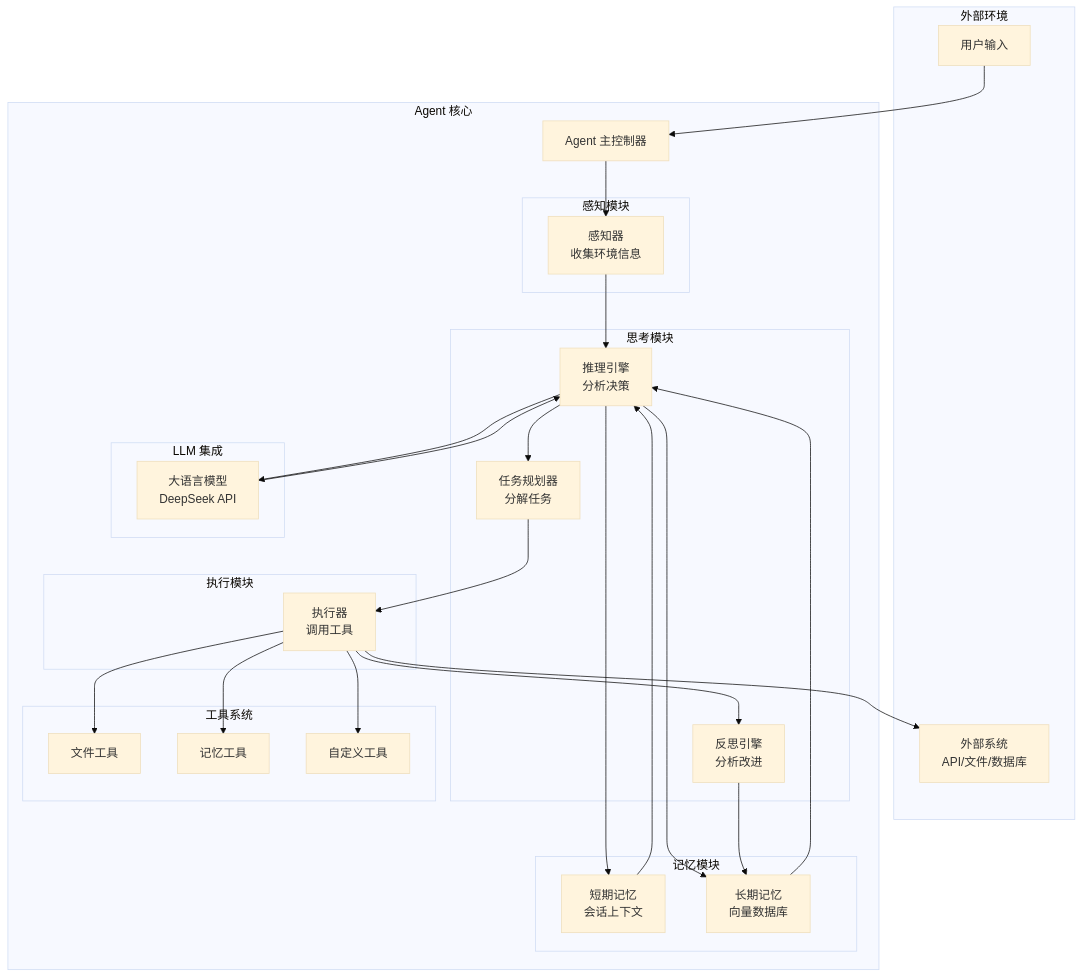
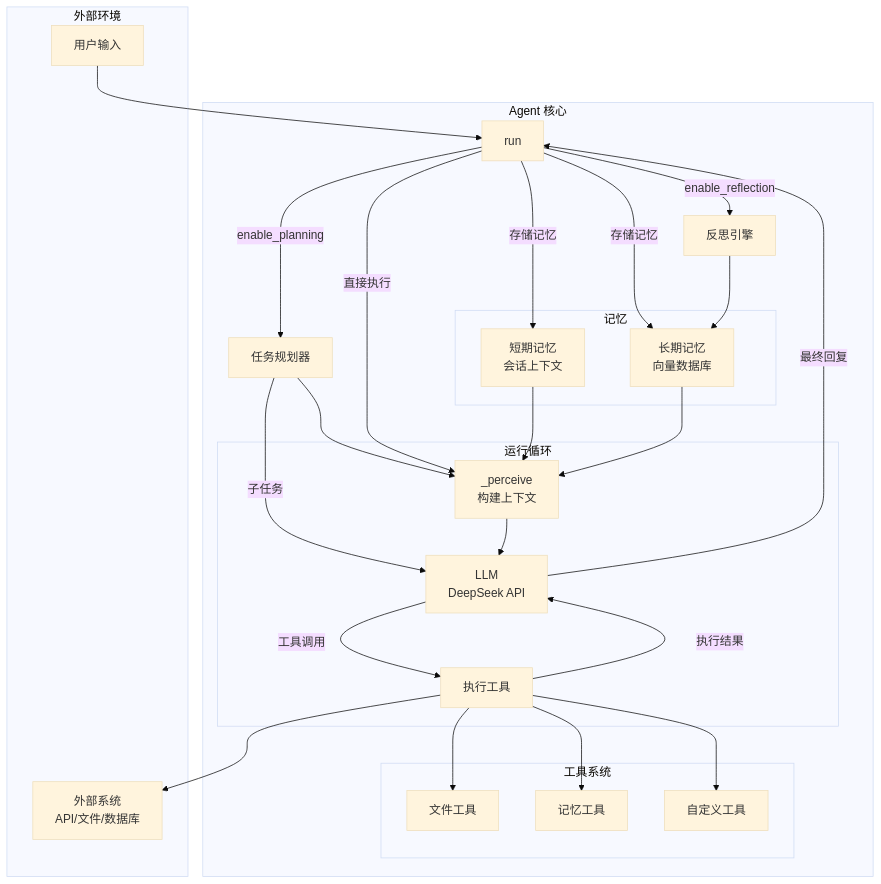
Before and after one commit to Lykr/agent: the diagram in README_zh.md, drawn with Mermaid (base theme). The commit also changed 1 other file, not shown here.

Commit message:
docs: rewrite architecture diagram to accurately reflect actual code flow
- Replace abstract module boxes with actual method names (run, _perceive, etc.)
- Show run loop as a subgraph with Perceive → LLM → Execute → LLM cycle
- Plan branches from run() via enable_planning, not from Reason
- Reflect branches from run() after loop completes, writes to LongMem
- Memory feeds into _perceive (read) and is written after run loop ends

````diff
--- a/README_zh.md
+++ b/README_zh.md
@@ -148,58 +148,51 @@
 ```mermaid
 graph TB
     subgraph "外部环境"
         User[用户输入]
         Env[外部系统<br/>API/文件/数据库]
     end
 
     subgraph "Agent 核心"
-        Agent[Agent 主控制器]
+        Run[run]
+        Plan[任务规划器]
 
-        subgraph "感知模块"
-            Perceive[感知器<br/>收集环境信息]
+        subgraph "运行循环"
+            Perceive[_perceive<br/>构建上下文]
+            LLM[LLM<br/>DeepSeek API]
+            Execute[执行工具]
         end
 
-        subgraph "思考模块"
-            Reason[推理引擎<br/>分析决策]
-            Plan[任务规划器<br/>分解任务]
-            Reflect[反思引擎<br/>分析改进]
-        end
-
-        subgraph "执行模块"
-            Execute[执行器<br/>调用工具]
-        end
-
-        subgraph "记忆模块"
+        subgraph "记忆"
             ShortMem[短期记忆<br/>会话上下文]
             LongMem[长期记忆<br/>向量数据库]
         end
 
-        subgraph "LLM 集成"
-            LLM[大语言模型<br/>DeepSeek API]
-        end
+        Reflect[反思引擎]
 
         subgraph "工具系统"
             FileTools[文件工具]
             MemTools[记忆工具]
             CustomTools[自定义工具]
         end
     end
 
-    User --> Agent
-    Agent --> Perceive
-    Perceive --> Reason
-    Reason --> Plan
-    Plan --> Execute
+    User --> Run
+    Run -->|enable_planning| Plan
+    Plan -->|子任务| LLM
+    Plan --> Perceive
+    Run -->|直接执行| Perceive
+    ShortMem --> Perceive
+    LongMem --> Perceive
+    Perceive --> LLM
+    LLM -->|工具调用| Execute
     Execute --> FileTools
     Execute --> MemTools
     Execute --> CustomTools
-    Reason --> ShortMem
-    Reason --> LongMem
-    ShortMem --> Reason
-    LongMem --> Reason
-    Reason --> LLM
-    LLM --> Reason
     Execute --> Env
-    Execute --> Reflect
+    Execute -->|执行结果| LLM
+    LLM -->|最终回复| Run
+    Run -->|存储记忆| ShortMem
+    Run -->|存储记忆| LongMem
+    Run -->|enable_reflection| Reflect
     Reflect --> LongMem
 ```
````
